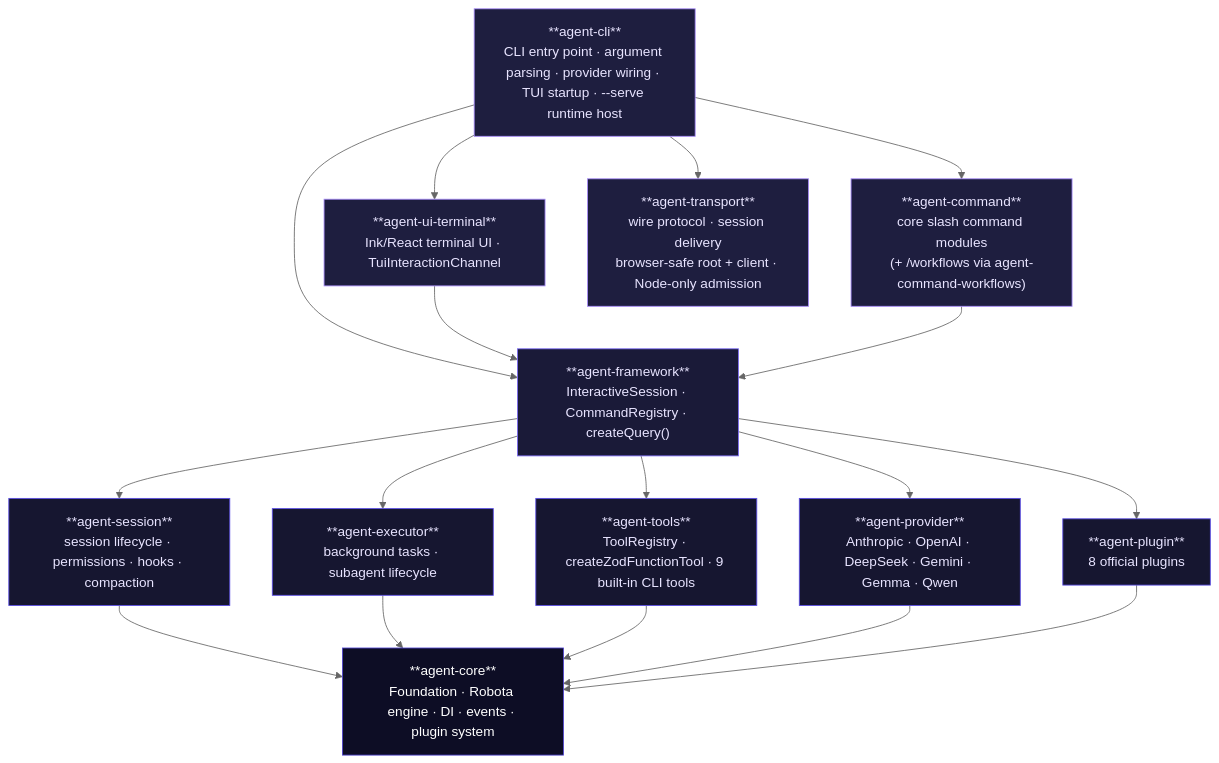
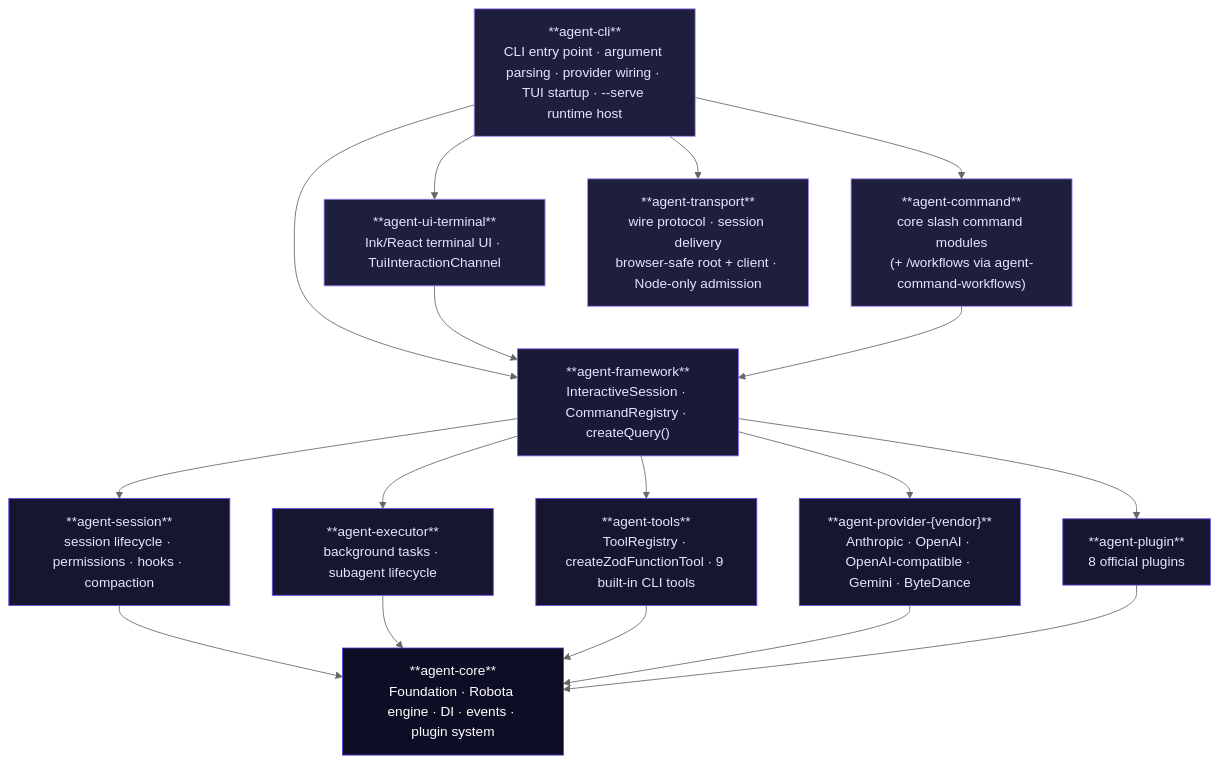
The diagram in content/guide/architecture.md (woojubb/robota), drawn with Mermaid (neutral theme) before and after one commit. The commit also changed other lines of this file and 6 other files, not shown here.

First line of the commit message:
docs: replace retired agent-provider references with per-vendor packages

````diff
--- a/content/guide/architecture.md
+++ b/content/guide/architecture.md
@@ -7,41 +7,41 @@
 ```mermaid
 flowchart TB
     CLI["**agent-cli**\nCLI entry point · argument parsing · provider wiring · TUI startup · --serve runtime host"]
     TUI["**agent-ui-terminal**\nInk/React terminal UI · TuiInteractionChannel"]
     CMD["**agent-command**\ncore slash command modules\n(+ /workflows via agent-command-workflows)"]
     TRANS["**agent-transport**\nwire protocol · session delivery\nbrowser-safe root + client · Node-only admission"]
     FW["**agent-framework**\nInteractiveSession · CommandRegistry · createQuery()"]
     SESS["**agent-session**\nsession lifecycle · permissions · hooks · compaction"]
     EXEC["**agent-executor**\nbackground tasks · subagent lifecycle"]
     TOOLS["**agent-tools**\nToolRegistry · createZodFunctionTool · 9 built-in CLI tools"]
-    PROV["**agent-provider**\nAnthropic · OpenAI · DeepSeek · Gemini · Gemma · Qwen"]
+    PROV["**agent-provider-{vendor}**\nAnthropic · OpenAI · OpenAI-compatible · Gemini · ByteDance"]
     PLUG["**agent-plugin**\n8 official plugins"]
     CORE["**agent-core**\nFoundation · Robota engine · DI · events · plugin system"]
 
     CLI --> FW
     CLI --> TUI
     CLI --> CMD
     CLI --> TRANS
     TUI --> FW
     CMD --> FW
     FW --> SESS
     FW --> EXEC
     FW --> TOOLS
     FW --> PROV
     FW --> PLUG
     SESS --> CORE
     EXEC --> CORE
     TOOLS --> CORE
     PROV --> CORE
     PLUG --> CORE
 
     classDef cli fill:#1e1e3f,stroke:#a78bfa,color:#e8e4ff
     classDef framework fill:#1a1a38,stroke:#7c6bf7,color:#e8e4ff
     classDef general fill:#161630,stroke:#5a4de6,color:#e8e4ff
     classDef core fill:#0d0d25,stroke:#4f44d0,color:#fff
 
     class CLI,TUI,CMD,TRANS cli
     class FW framework
     class SESS,EXEC,TOOLS,PROV,PLUG general
     class CORE core
 ```
````
